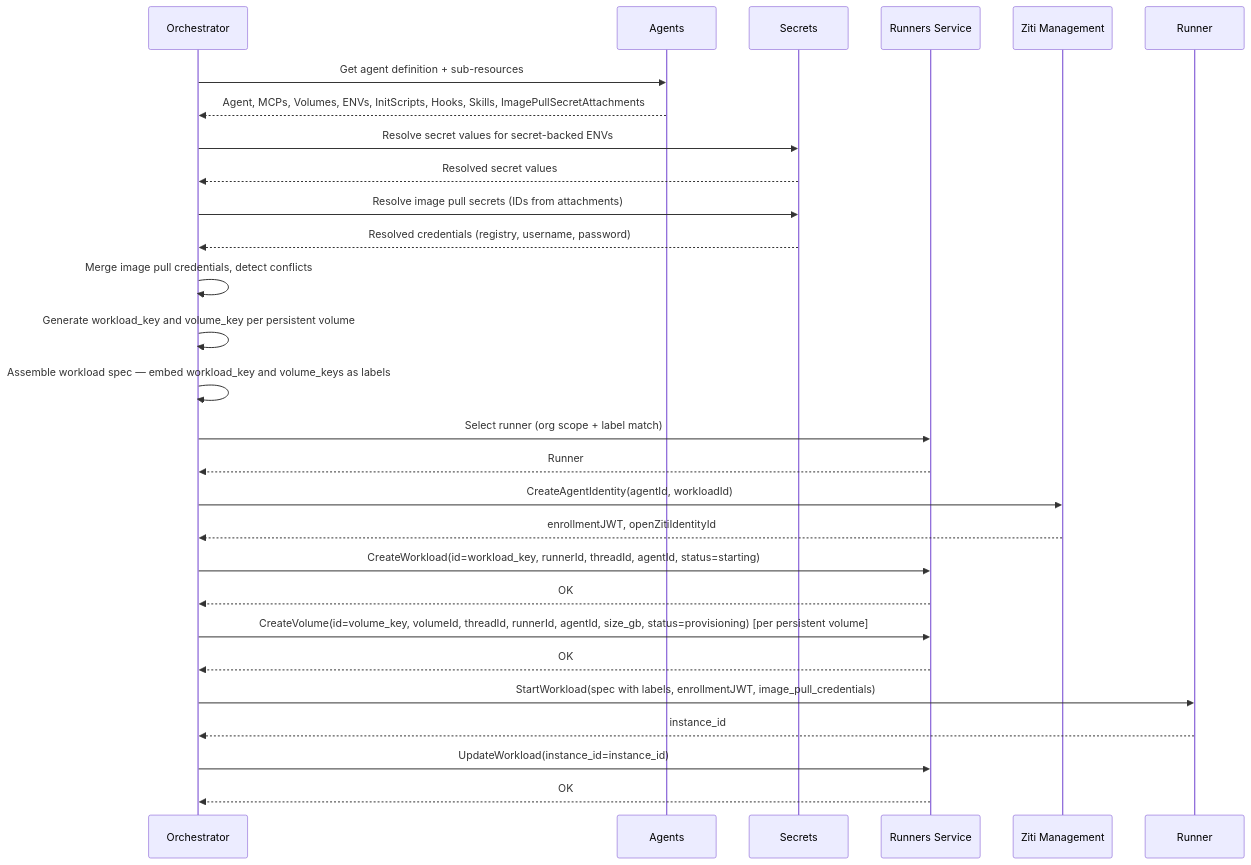
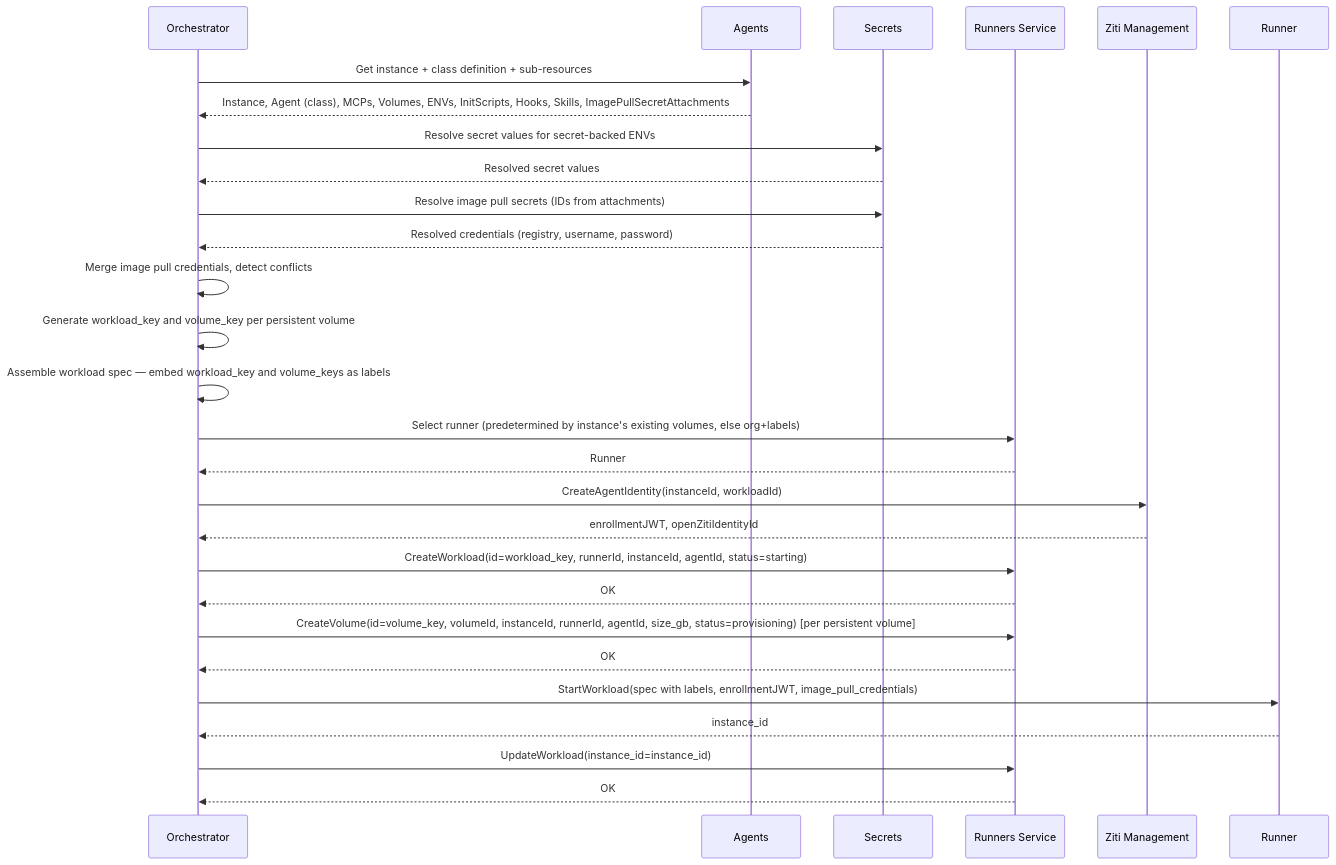
The third of 4 diagrams in architecture/agents-orchestrator.md (agynio/architecture), drawn with Mermaid before and after one commit. The commit also changed other lines of this file and 10 other files, not shown here.

````diff
--- a/architecture/agents-orchestrator.md
+++ b/architecture/agents-orchestrator.md
@@ -156,31 +161,31 @@
 ```mermaid
 sequenceDiagram
     participant O as Orchestrator
     participant T as Agents
     participant S as Secrets
     participant RS as Runners Service
     participant ZM as Ziti Management
     participant R as Runner
 
-    O->>T: Get agent definition + sub-resources
-    T-->>O: Agent, MCPs, Volumes, ENVs, InitScripts, Hooks, Skills, ImagePullSecretAttachments
+    O->>T: Get instance + class definition + sub-resources
+    T-->>O: Instance, Agent (class), MCPs, Volumes, ENVs, InitScripts, Hooks, Skills, ImagePullSecretAttachments
     O->>S: Resolve secret values for secret-backed ENVs
     S-->>O: Resolved secret values
     O->>S: Resolve image pull secrets (IDs from attachments)
     S-->>O: Resolved credentials (registry, username, password)
     O->>O: Merge image pull credentials, detect conflicts
     O->>O: Generate workload_key and volume_key per persistent volume
     O->>O: Assemble workload spec — embed workload_key and volume_keys as labels
-    O->>RS: Select runner (org scope + label match)
+    O->>RS: Select runner (predetermined by instance's existing volumes, else org+labels)
     RS-->>O: Runner
-    O->>ZM: CreateAgentIdentity(agentId, workloadId)
+    O->>ZM: CreateAgentIdentity(instanceId, workloadId)
     ZM-->>O: enrollmentJWT, openZitiIdentityId
-    O->>RS: CreateWorkload(id=workload_key, runnerId, threadId, agentId, status=starting)
+    O->>RS: CreateWorkload(id=workload_key, runnerId, instanceId, agentId, status=starting)
     RS-->>O: OK
-    O->>RS: CreateVolume(id=volume_key, volumeId, threadId, runnerId, agentId, size_gb, status=provisioning) [per persistent volume]
+    O->>RS: CreateVolume(id=volume_key, volumeId, instanceId, runnerId, agentId, size_gb, status=provisioning) [per persistent volume]
     RS-->>O: OK
     O->>R: StartWorkload(spec with labels, enrollmentJWT, image_pull_credentials)
     R-->>O: instance_id
     O->>RS: UpdateWorkload(instance_id=instance_id)
     RS-->>O: OK
 ```
````
